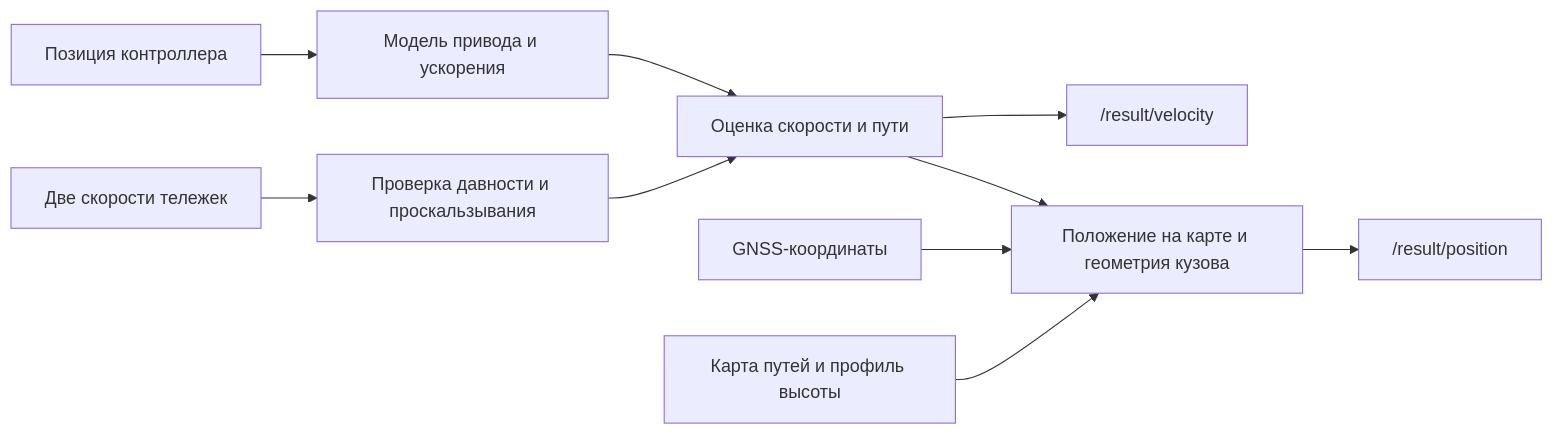
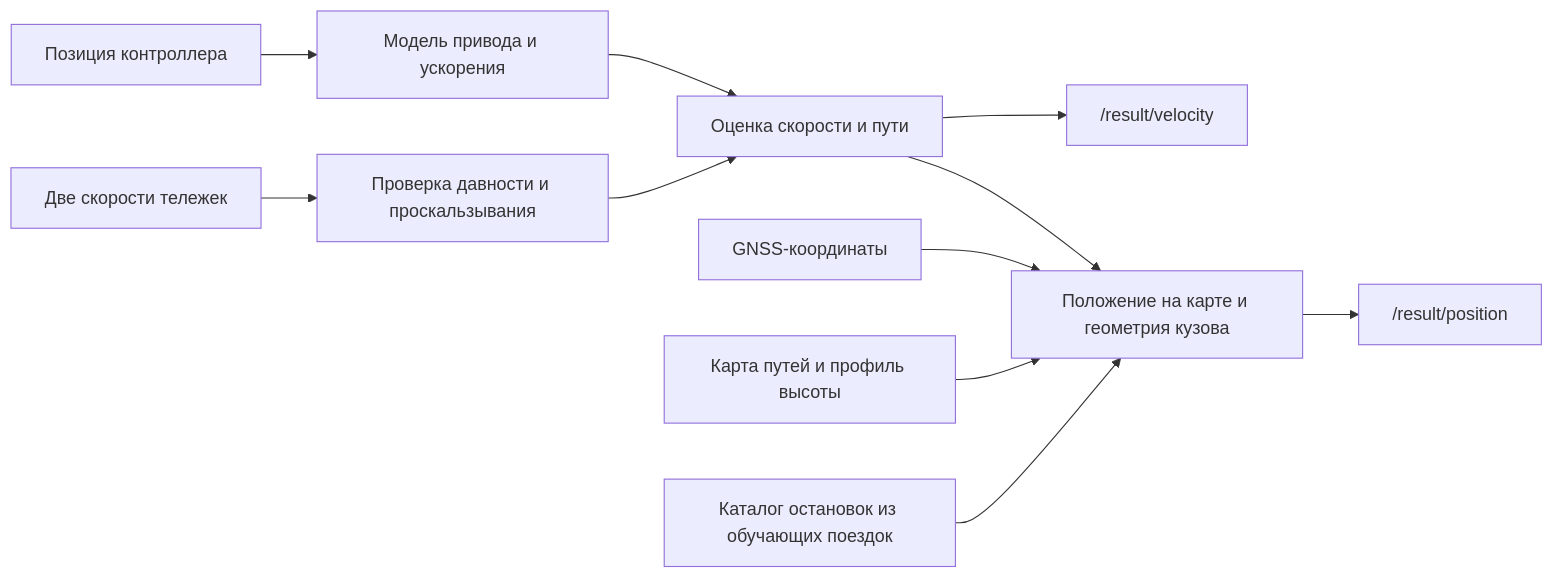
One commit to IGK-arch/Reserve-odometry-according-to-the-model changed the diagram in docs/submission/MODEL.md. Above: the diagram before and after it, drawn with Mermaid. The commit also changed other lines of this file and 25 other files, not shown here.

````diff
--- a/docs/submission/MODEL.md
+++ b/docs/submission/MODEL.md
@@ -5,12 +5,13 @@
 ```mermaid
 flowchart LR
     C[Позиция контроллера] --> D[Модель привода и ускорения]
     D --> E[Оценка скорости и пути]
     W[Две скорости тележек] --> G[Проверка давности и проскальзывания]
     G --> E
     E --> V["/result/velocity"]
     E --> N[Положение на карте и геометрия кузова]
     F[GNSS-координаты] --> N
     M[Карта путей и профиль высоты] --> N
+    S[Каталог остановок из обучающих поездок] --> N
     N --> P["/result/position"]
 ```
````
